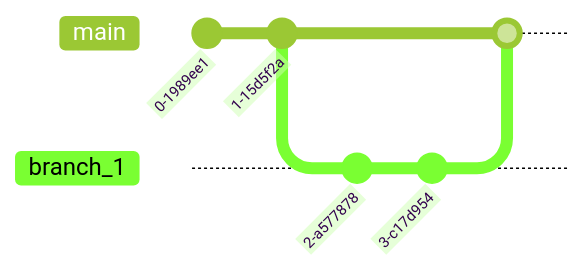
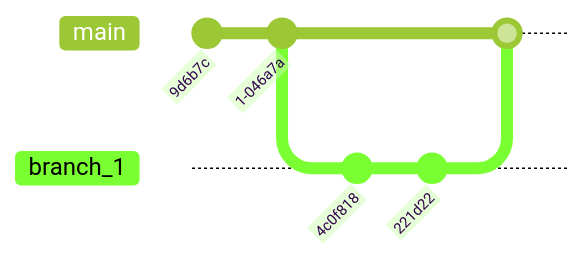
One commit to opensourcecourse/opencourse changed the sixth of 11 diagrams in modules/git/slides.qmd. Above: the diagram before and after it, drawn with Mermaid (forest theme). The commit also changed other lines of this file, not shown here.

````diff
--- a/modules/git/slides.qmd
+++ b/modules/git/slides.qmd
@@ -371,11 +373,11 @@
 ```{mermaid}
 %%| fig-width: 7
 gitGraph
-   commit id: "0-1989ee1"
-   commit id: "1-15d5f2a"
+   commit id: "9d6b7c"
+   commit id: "1-046a7a"
    branch branch_1
-   commit id: "2-a577878"
-   commit id: "3-c17d954"
+   commit id: "4c0f818"
+   commit id: "221d22"
    checkout main
    merge branch_1
 ```
````
